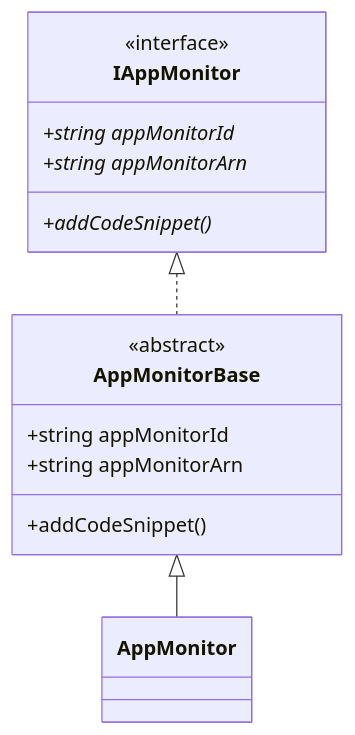
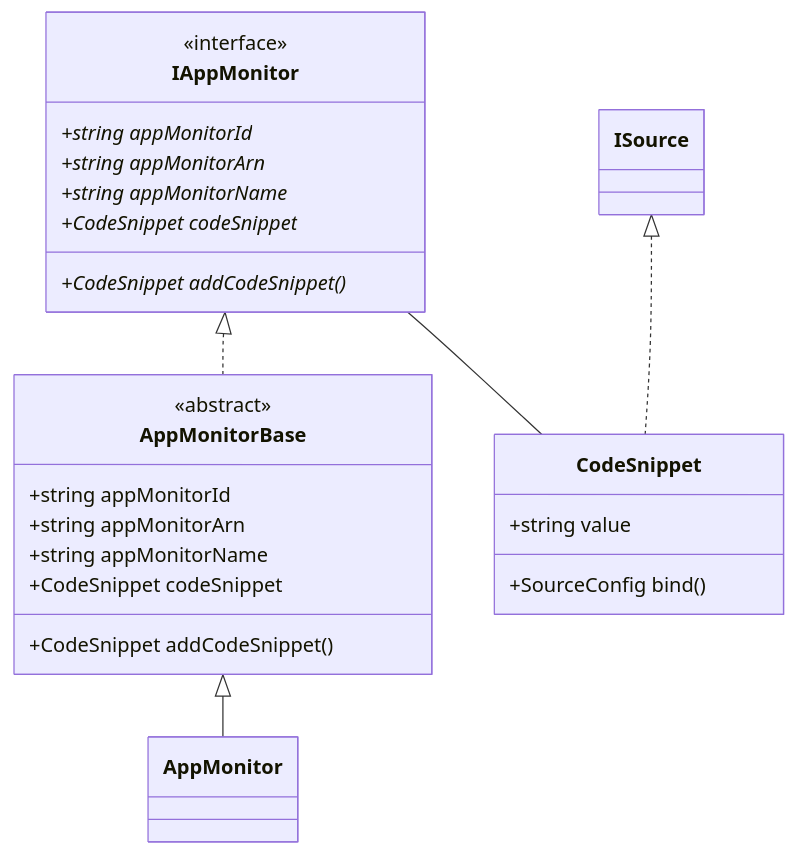
The first of 2 diagrams in text/0400-appmonitor-l2.md (aws/aws-cdk-rfcs), drawn with Mermaid before and after one commit. The commit also changed other lines of this file, not shown here.

Commit message:
chore: add missing props

````diff
--- a/text/0400-appmonitor-l2.md
+++ b/text/0400-appmonitor-l2.md
@@ -357,19 +359,29 @@
 ```mermaid
 classDiagram
   IAppMonitor <|.. AppMonitorBase
   AppMonitorBase <|-- AppMonitor
+  ISource <|.. CodeSnippet
+  IAppMonitor -- CodeSnippet
   class IAppMonitor{
     <<interface>>
     +string appMonitorId*
     +string appMonitorArn*
-    +addCodeSnippet()*
+    +string appMonitorName*
+    +CodeSnippet codeSnippet*
+    +CodeSnippet addCodeSnippet()*
   }
   class AppMonitorBase{
     <<abstract>>
     +string appMonitorId
     +string appMonitorArn
-    +addCodeSnippet()
+    +string appMonitorName
+    +CodeSnippet codeSnippet
+    +CodeSnippet addCodeSnippet()
   }
   class AppMonitor{
   }
+  class CodeSnippet{
+    +string value
+    +SourceConfig bind()
+  }
 ```
````
